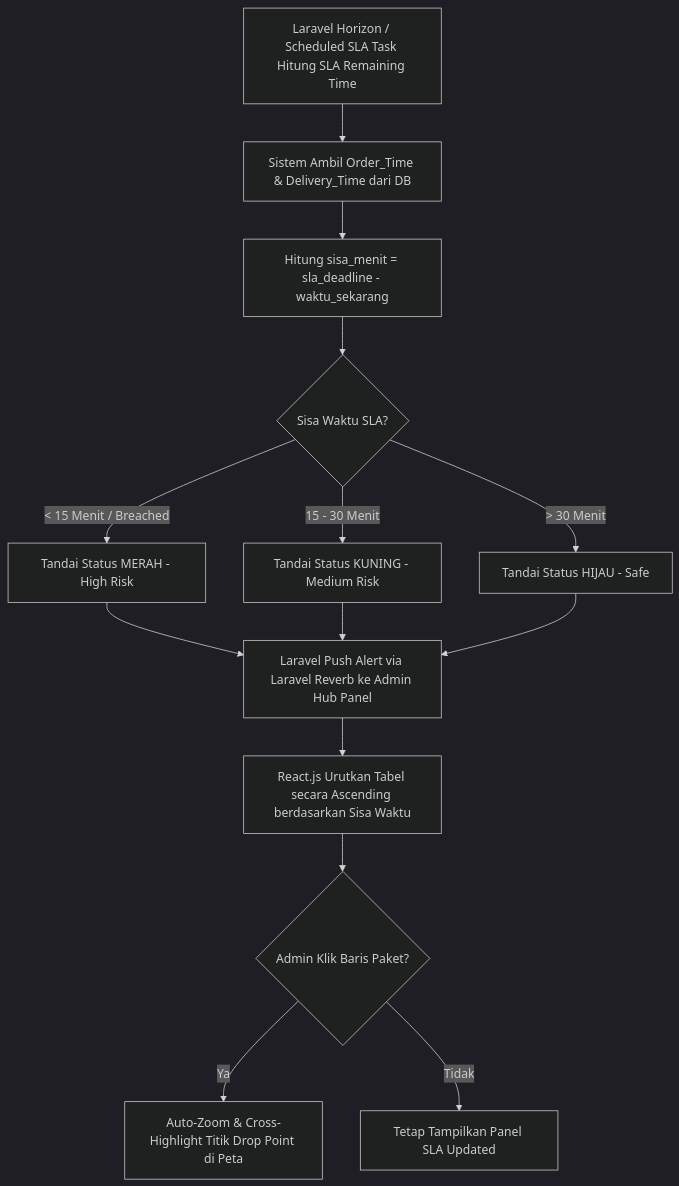
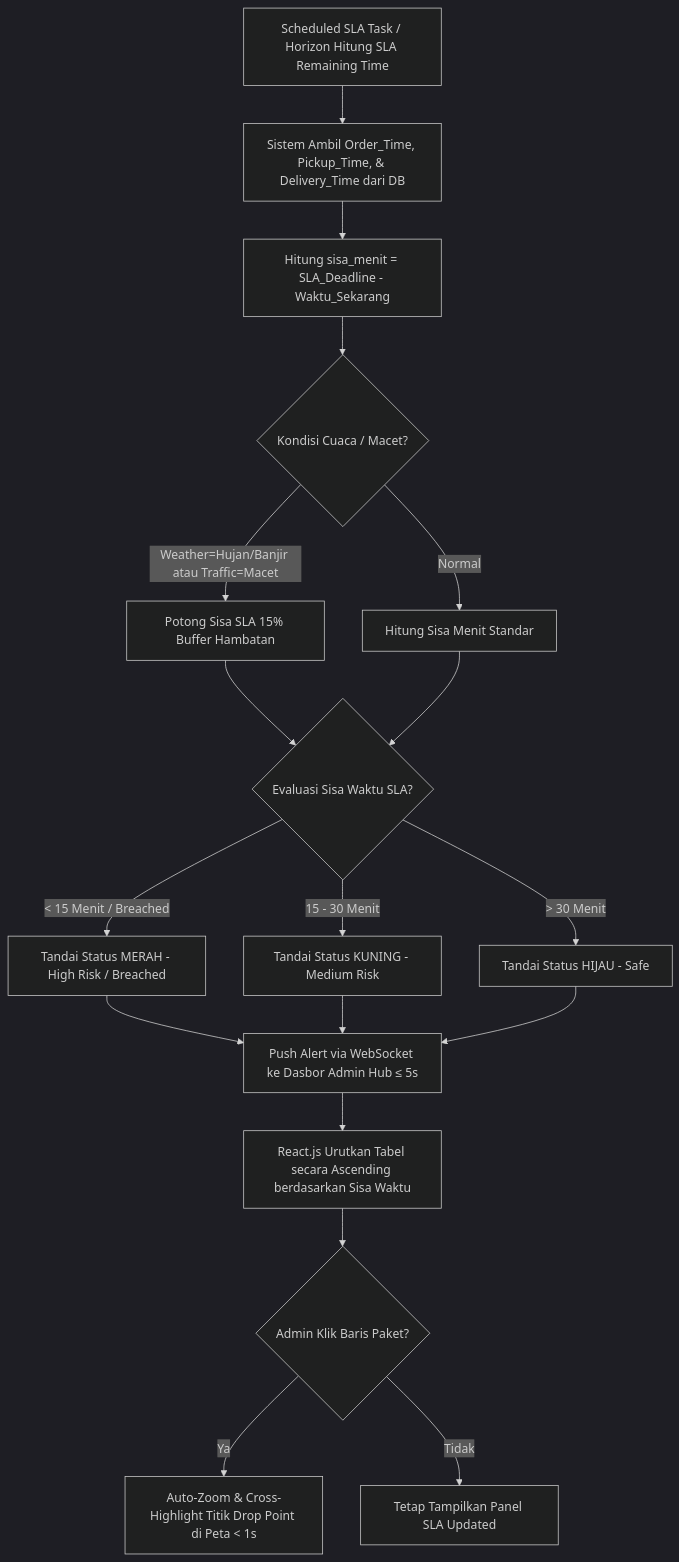
One commit to Ampasan/anteraja-capstone-naufalrakanramadhan changed the diagram in docs/frd/FRD-02-sla-risk-indicator-panel.md. Above: the diagram before and after it, drawn with Mermaid (dark theme). The commit also changed other lines of this file and 6 other files, not shown here.

````diff
--- a/docs/frd/FRD-02-sla-risk-indicator-panel.md
+++ b/docs/frd/FRD-02-sla-risk-indicator-panel.md
@@ -21,16 +23,20 @@
 ```mermaid
 graph TD
-    A[Laravel Horizon / Scheduled SLA Task Hitung SLA Remaining Time] --> B[Sistem Ambil Order_Time & Delivery_Time dari DB]
-    B --> C[Hitung sisa_menit = sla_deadline - waktu_sekarang]
-    C --> D{Sisa Waktu SLA?}
-    D -- "< 15 Menit / Breached" --> E[Tandai Status MERAH - High Risk]
-    D -- "15 - 30 Menit" --> F[Tandai Status KUNING - Medium Risk]
-    D -- "> 30 Menit" --> G[Tandai Status HIJAU - Safe]
-    E --> H[Laravel Push Alert via Laravel Reverb ke Admin Hub Panel]
-    F --> H
-    G --> H
-    H --> I[React.js Urutkan Tabel secara Ascending berdasarkan Sisa Waktu]
-    I --> J{Admin Klik Baris Paket?}
-    J -- Ya --> K[Auto-Zoom & Cross-Highlight Titik Drop Point di Peta]
-    J -- Tidak --> L[Tetap Tampilkan Panel SLA Updated]
+    A[Scheduled SLA Task / Horizon Hitung SLA Remaining Time] --> B[Sistem Ambil Order_Time, Pickup_Time, & Delivery_Time dari DB]
+    B --> C[Hitung sisa_menit = SLA_Deadline - Waktu_Sekarang]
+    C --> D{Kondisi Cuaca / Macet?}
+    D -- Weather=Hujan/Banjir atau Traffic=Macet --> E[Potong Sisa SLA 15% Buffer Hambatan]
+    D -- Normal --> F[Hitung Sisa Menit Standar]
+    E --> G{Evaluasi Sisa Waktu SLA?}
+    F --> G
+    G -- "< 15 Menit / Breached" --> H[Tandai Status MERAH - High Risk / Breached]
+    G -- "15 - 30 Menit" --> I[Tandai Status KUNING - Medium Risk]
+    G -- "> 30 Menit" --> J[Tandai Status HIJAU - Safe]
+    H --> K[Push Alert via WebSocket ke Dasbor Admin Hub ≤ 5s]
+    I --> K
+    J --> K
+    K --> L[React.js Urutkan Tabel secara Ascending berdasarkan Sisa Waktu]
+    L --> M{Admin Klik Baris Paket?}
+    M -- Ya --> N[Auto-Zoom & Cross-Highlight Titik Drop Point di Peta < 1s]
+    M -- Tidak --> O[Tetap Tampilkan Panel SLA Updated]
 ```
````
